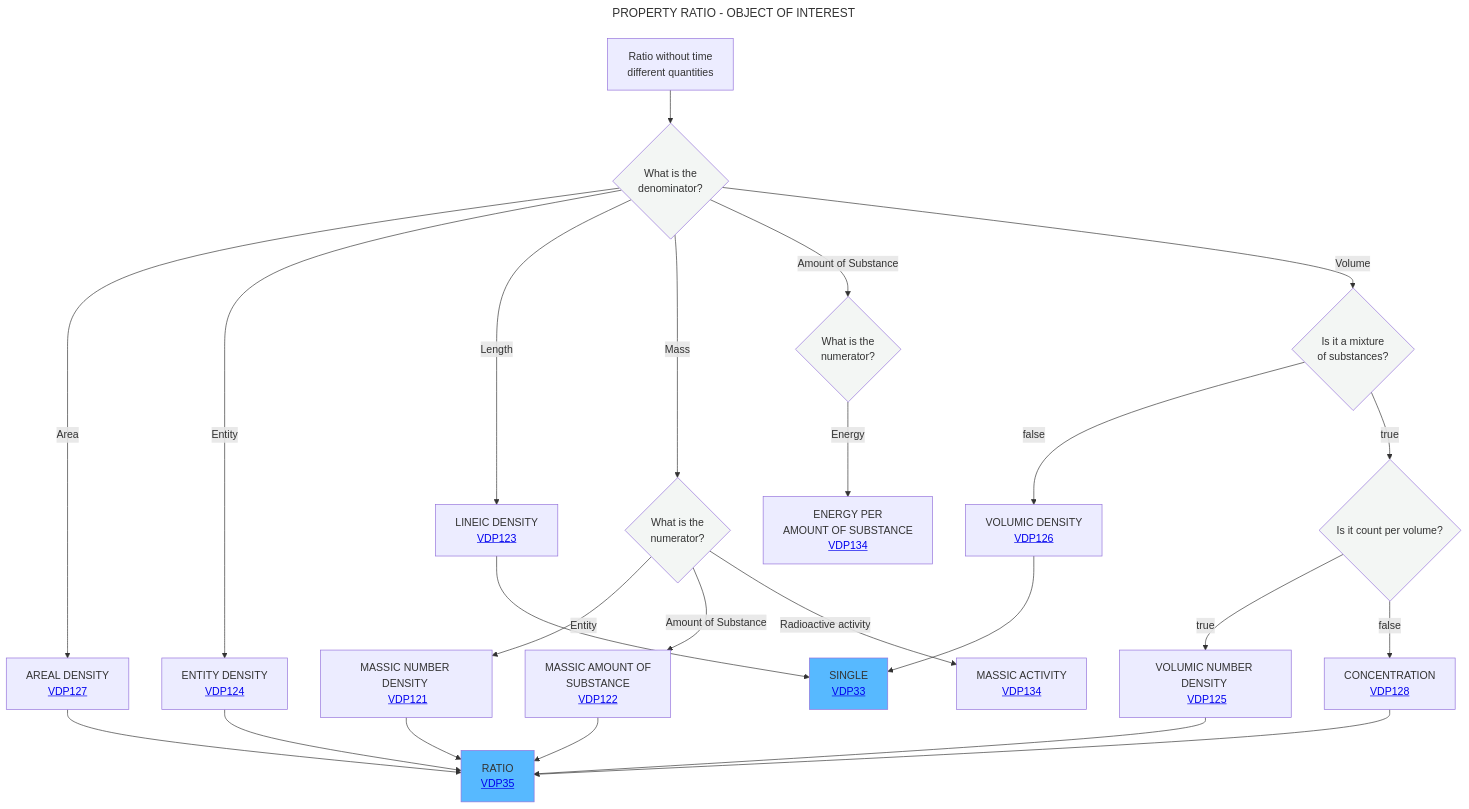
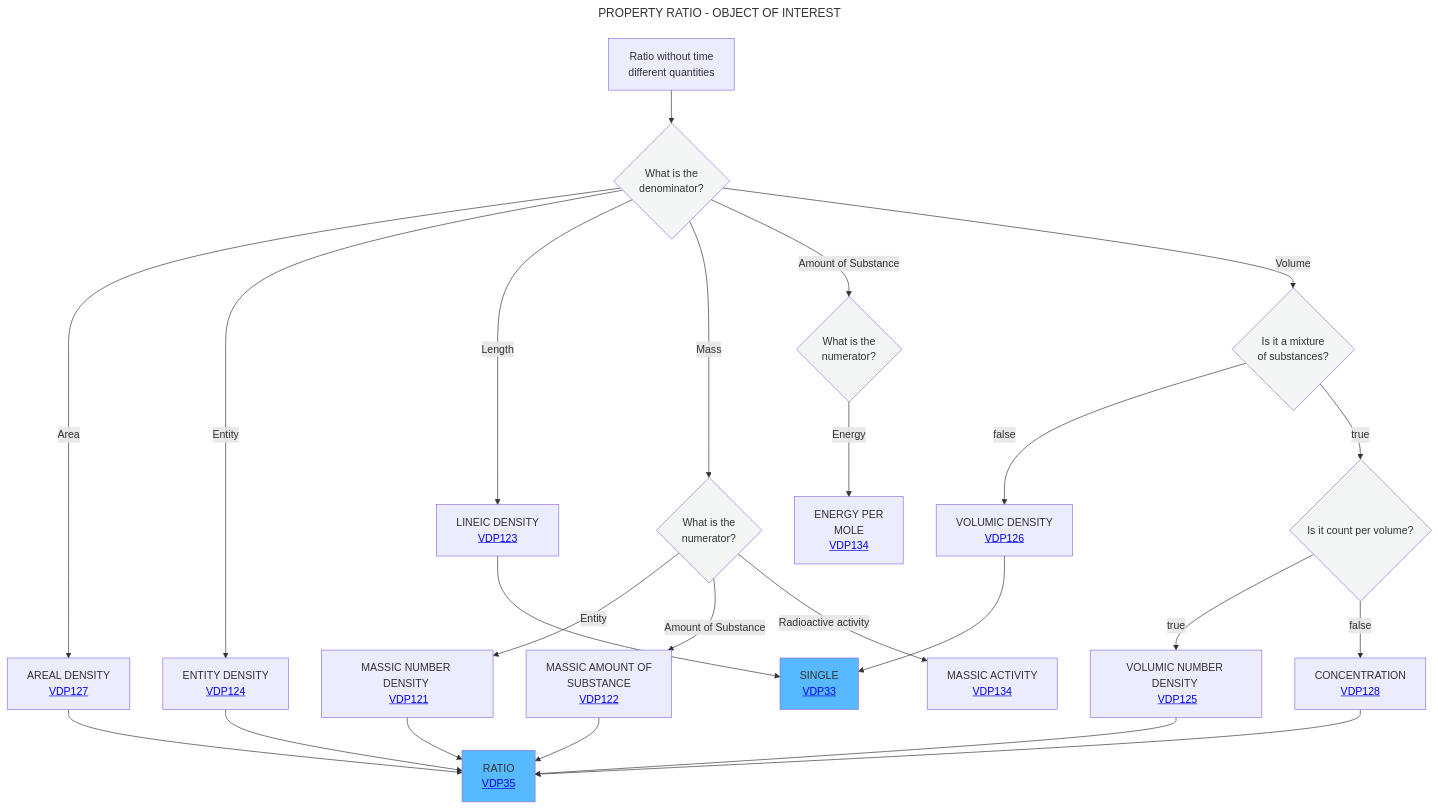
The diagram in Decisition_trees/DT5.mmd (mabablue/I-ADOPT-patterns-playground), drawn with Mermaid before and after one commit.

```diff
--- a/Decisition_trees/DT5.mmd
+++ b/Decisition_trees/DT5.mmd
@@ -1,31 +1,31 @@
 ---
 title: PROPERTY RATIO - OBJECT OF INTEREST
 ---
 flowchart TD
     A[Ratio without time <br> different quantities] --> B{What is the <br> denominator?}:::white
     B -- Area -->C[AREAL DENSITY <br> <a href='https://github.com/mabablue/I-ADOPT-patterns-playground/blob/main/pattern/VDP127.yaml'>VDP127</a>]
     B -- Entity -->F[ENTITY DENSITY <br> <a href='https://github.com/mabablue/I-ADOPT-patterns-playground/blob/main/pattern/VDP124.yaml'>VDP124</a>]
     B -- Length -->D[LINEIC DENSITY <br> <a href='https://github.com/mabablue/I-ADOPT-patterns-playground/blob/main/pattern/VDP123.yaml'>VDP123</a>]
     B -- Mass -->E{What is the <br> numerator?}:::white
     B -- Amount of Substance --> R{What is the <br> numerator?}:::white
     E -- Entity --> L[MASSIC NUMBER DENSITY <br> <a href='https://github.com/mabablue/I-ADOPT-patterns-playground/blob/main/pattern/VDP121.yaml'>VDP121</a>]
     E -- Amount of Substance --> P[MASSIC AMOUNT OF <br> SUBSTANCE <br> <a href='https://github.com/mabablue/I-ADOPT-patterns-playground/blob/main/pattern/VDP122.yaml'>VDP122</a>]
     E -- Radioactive activity --> Q[MASSIC ACTIVITY <br> <a href='https://github.com/mabablue/I-ADOPT-patterns-playground/blob/main/pattern/VDP134.yaml'>VDP134</a>]
     B -- Volume -->G{Is it a mixture <br> of substances?}:::white
     G --> |false|H[VOLUMIC DENSITY <br> <a href='https://github.com/mabablue/I-ADOPT-patterns-playground/blob/main/pattern/VDP126.yaml'>VDP126</a>]
     G--> |true|J{Is it count per volume?}:::white
     J --> |true|I[VOLUMIC NUMBER DENSITY <br> <a href='https://github.com/mabablue/I-ADOPT-patterns-playground/blob/main/pattern/VDP125.yaml'>VDP125</a>]
     J --> |false|M[CONCENTRATION <br> <a href='https://github.com/mabablue/I-ADOPT-patterns-playground/blob/main/pattern/VDP128.yaml'>VDP128</a>]
     I --> N
     C --> N[RATIO <br> <a href='https://github.com/mabablue/I-ADOPT-patterns-playground/blob/main/pattern/VDP35.yaml'>VDP35</a>]:::satblue
     F --> N
     D --> O[SINGLE <br> <a href='https://github.com/mabablue/I-ADOPT-patterns-playground/blob/main/pattern/VDP33.yaml'>VDP33</a>]:::satblue
-    R -- Energy --> S[ENERGY PER <br> AMOUNT OF SUBSTANCE <br> <a href='https://github.com/mabablue/I-ADOPT-patterns-playground/blob/main/pattern/VDP134.yaml'>VDP134</a>]
+    R -- Energy --> S[ENERGY PER <br> MOLE <br> <a href='https://github.com/mabablue/I-ADOPT-patterns-playground/blob/main/pattern/VDP134.yaml'>VDP134</a>]
     H --> O
     L --> N
     P --> N
     M --> N
    classDef blue fill:#90D5FF
    classDef satblue fill:#57B9FF 
    classDef white fill:#f3f6f4
    classDef green fill:#6aa84f
```
